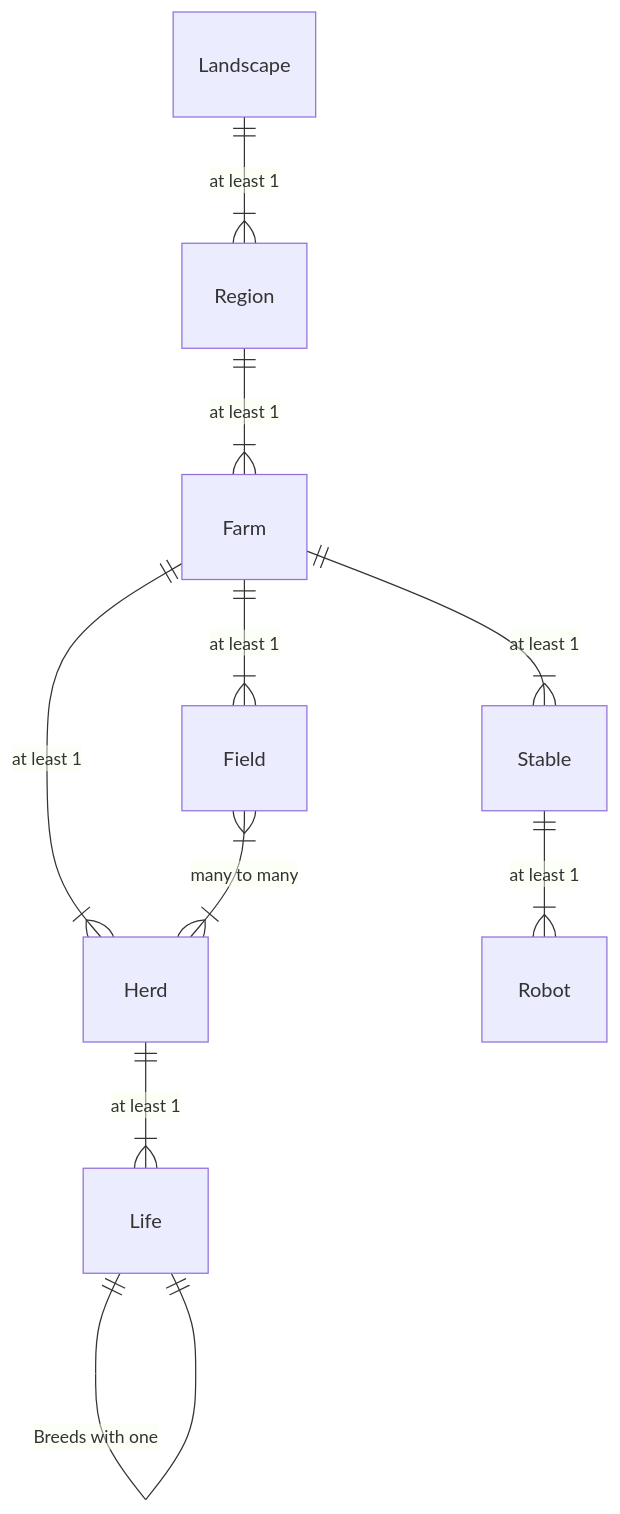
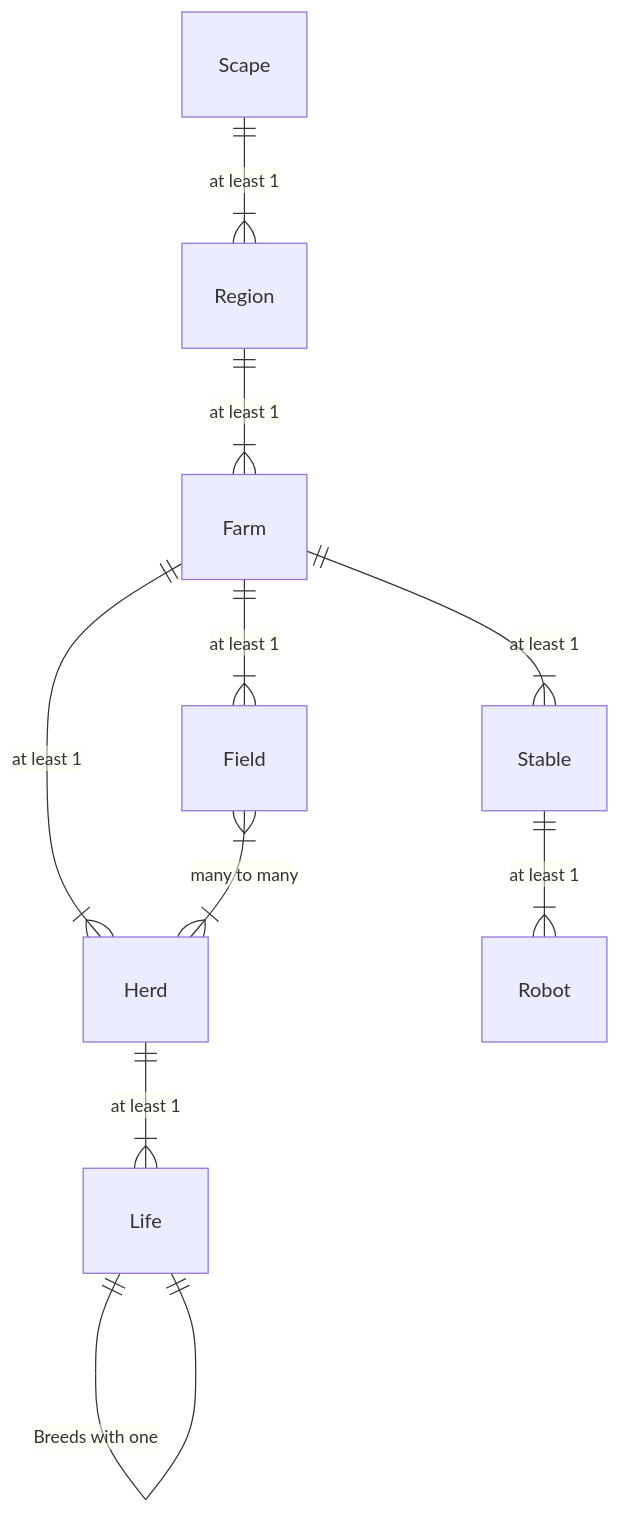
Before and after one commit to beam-campus/logatron: the diagram in system/apps/logatron_core/lib/schema/README.md, drawn with Mermaid. The commit also changed 66 other files, not shown here.

````diff
--- a/system/apps/logatron_core/lib/schema/README.md
+++ b/system/apps/logatron_core/lib/schema/README.md
@@ -11,17 +11,17 @@
 ```mermaid
 erDiagram 
 
-    Landscape ||--|{ Region : "at least 1"
+    Scape ||--|{ Region : "at least 1"
     Region ||--|{ Farm : "at least 1"
     Farm ||--|{ Herd : "at least 1"
     Herd ||--|{ Life : "at least 1"
     Farm ||--|{ Field : "at least 1"
     Life ||--o{ Life : "0 or more"
     Life ||--|| Life : "Breeds with one"
     Field }|--|{ Herd : "many to many"
     Farm ||--|{ Stable : "at least 1"
     Stable ||--|{ Robot : "at least 1" 
 
 
 
 ```
````
